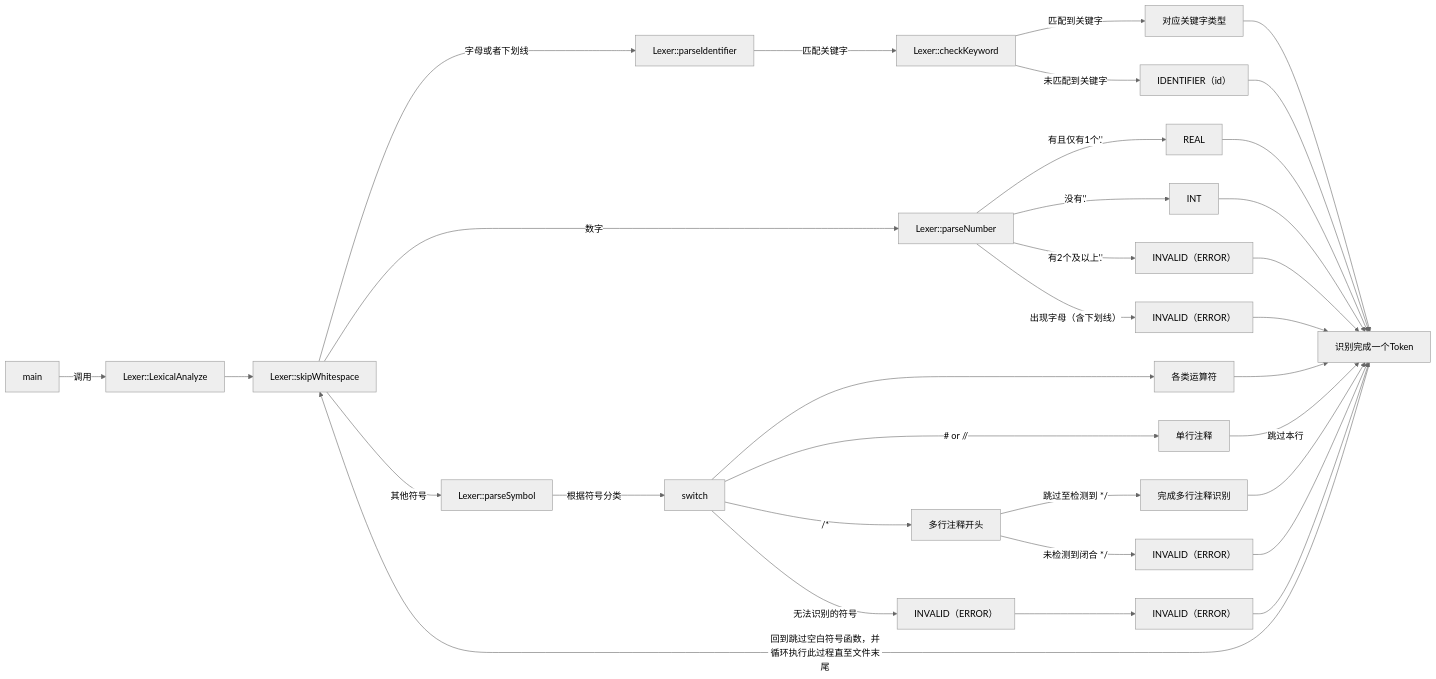
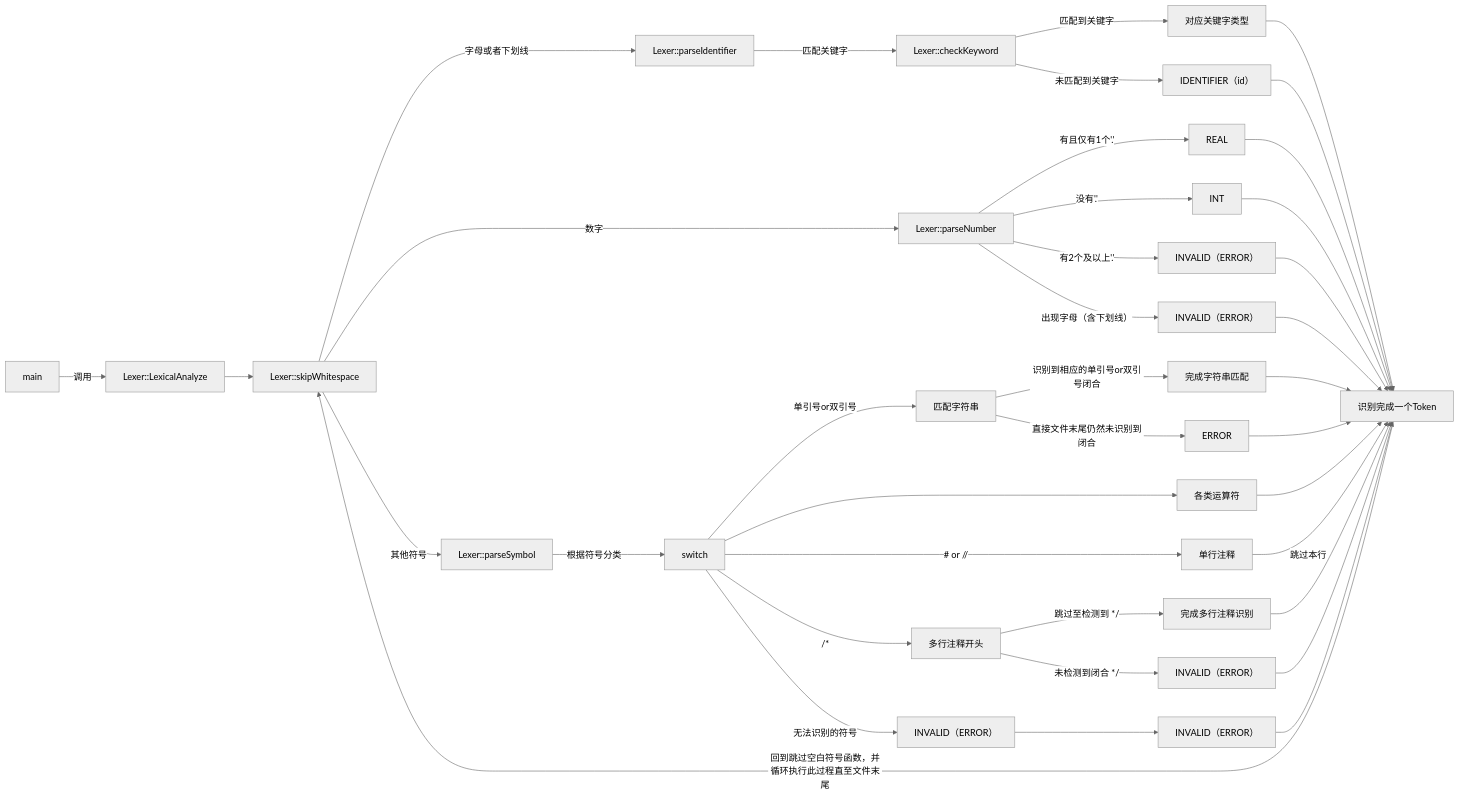
Before and after one commit to ice-bubble/LiteCompiler: the diagram in LiteCompiler_C++/README.md, drawn with Mermaid (neutral theme). The commit also changed 7 other files, not shown here.

````diff
--- a/LiteCompiler_C++/README.md
+++ b/LiteCompiler_C++/README.md
@@ -162,35 +162,40 @@
 ```mermaid
 graph LR
 	A[main] --> |调用| B[Lexer::LexicalAnalyze]
     B --> C[Lexer::skipWhitespace]
     C -->|字母或者下划线| D[Lexer::parseIdentifier]
     C -->|数字| E[Lexer::parseNumber]
     C -->|其他符号| G[Lexer::parseSymbol]
     E --> |有且仅有1个'.'|H[REAL]
     E --> |没有'.'|M[INT]
     E --> |有2个及以上'.'|N[INVALID（ERROR）]
     H --> F[识别完成一个Token]
     M --> F[识别完成一个Token]
     N --> F[识别完成一个Token]
     D --> |匹配关键字| J[Lexer::checkKeyword]
     J --> |匹配到关键字| K[对应关键字类型]
     J --> |未匹配到关键字| L[IDENTIFIER（id）]
     K --> F[识别完成一个Token]
     L --> F[识别完成一个Token]
     G --> |根据符号分类| O[switch]
+    O --> |单引号or双引号|X[匹配字符串]
+    X --> |识别到相应的单引号or双引号闭合|Y[完成字符串匹配]
+    X --> |直接文件末尾仍然未识别到闭合|Z[ERROR]
+    Y --> F
+    Z --> F
     O --> P[各类运算符]
     P --> F
     O --> |# or //| Q[单行注释]
     O --> |/*| R[多行注释开头]
     R --> |跳过至检测到 */| S[完成多行注释识别]
     R --> |未检测到闭合 */| T[INVALID（ERROR）]
     O --> |无法识别的符号| U[INVALID（ERROR）]
     U --> V[INVALID（ERROR）]
     E --> |出现字母（含下划线）| W[INVALID（ERROR）]
     W --> F
     V --> F
     T --> F
     S --> F
     Q --> |跳过本行| F
     F --> |回到跳过空白符号函数，并循环执行此过程直至文件末尾| C
 ```
````
